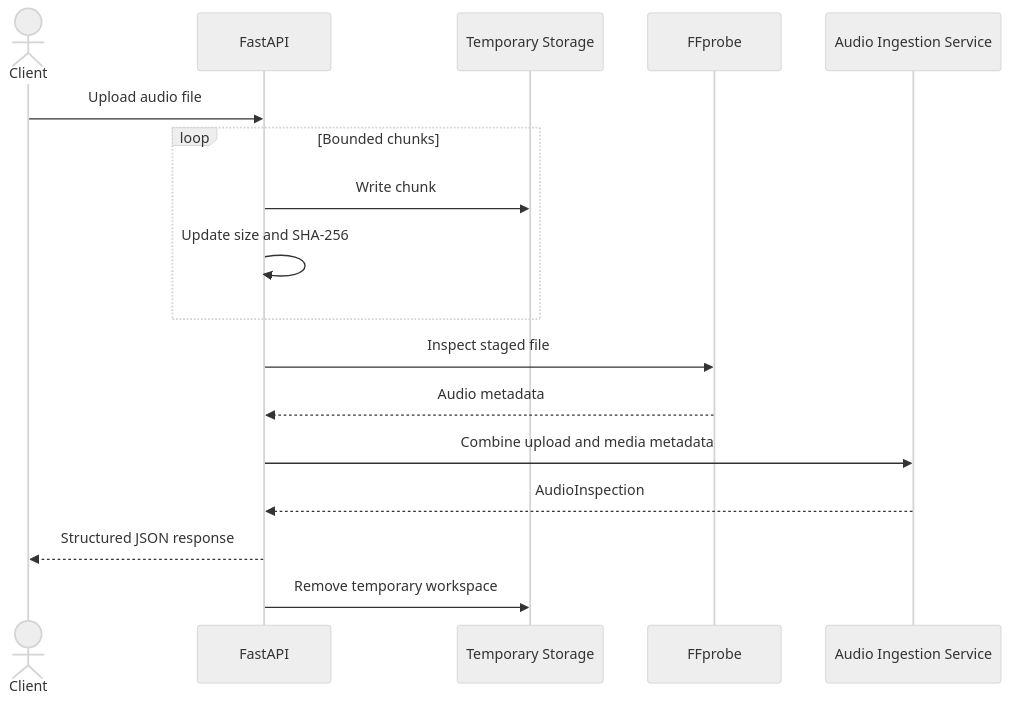
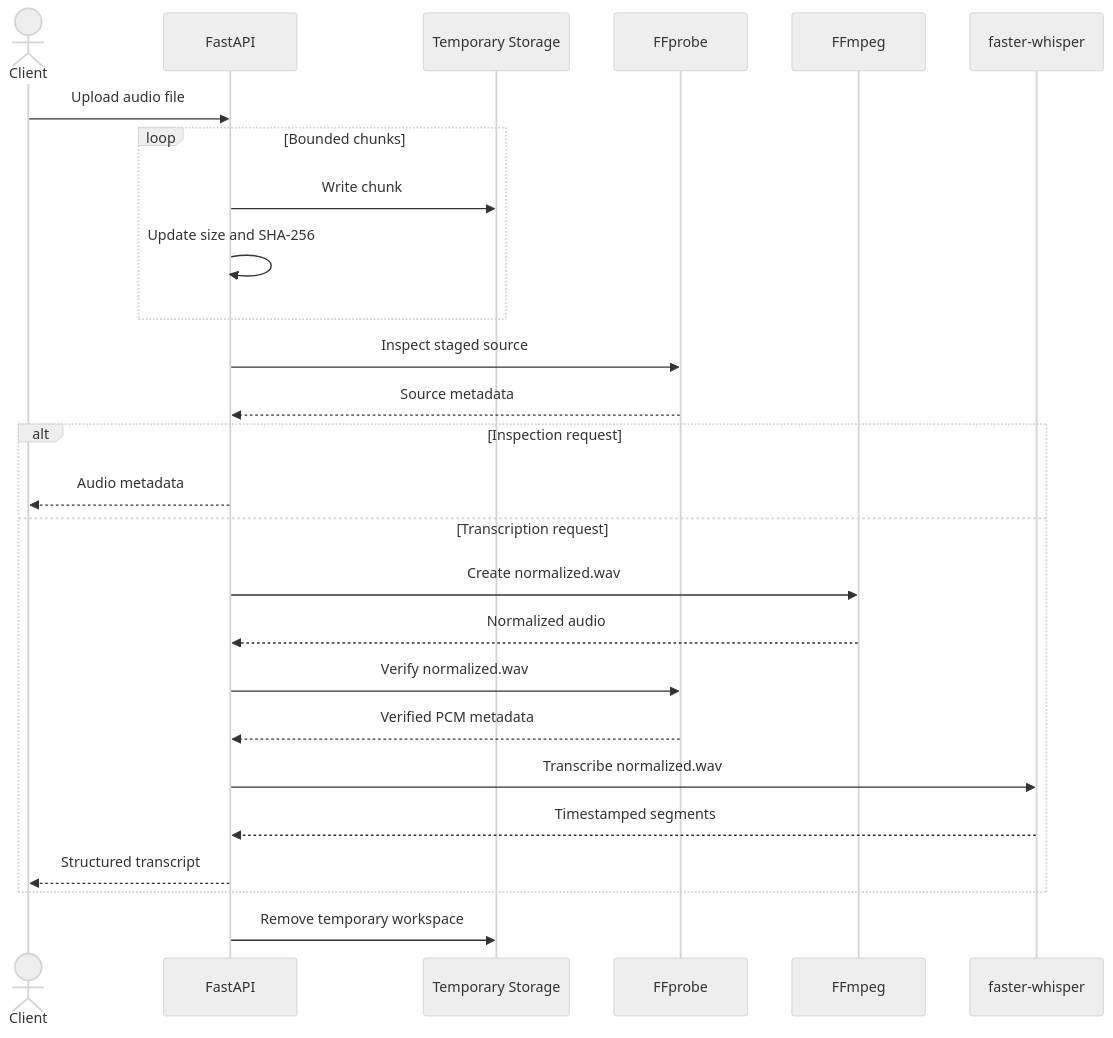
The fourth of 5 diagrams in README.md (aizazmahmood/speech-transcription-service), drawn with Mermaid (neutral theme) before and after one commit. The commit also changed other lines of this file and 16 other files, not shown here.

Commit message:
feat: add timestamped transcription pipeline

````diff
--- a/README.md
+++ b/README.md
@@ -156,22 +163,33 @@
 ```mermaid
 sequenceDiagram
     actor Client
     participant API as FastAPI
     participant Temp as Temporary Storage
     participant Probe as FFprobe
-    participant App as Audio Ingestion Service
+    participant Normalize as FFmpeg
+    participant Engine as faster-whisper
 
     Client->>API: Upload audio file
 
     loop Bounded chunks
         API->>Temp: Write chunk
         API->>API: Update size and SHA-256
     end
 
-    API->>Probe: Inspect staged file
-    Probe-->>API: Audio metadata
-    API->>App: Combine upload and media metadata
-    App-->>API: AudioInspection
-    API-->>Client: Structured JSON response
+    API->>Probe: Inspect staged source
+    Probe-->>API: Source metadata
+
+    alt Inspection request
+        API-->>Client: Audio metadata
+    else Transcription request
+        API->>Normalize: Create normalized.wav
+        Normalize-->>API: Normalized audio
+        API->>Probe: Verify normalized.wav
+        Probe-->>API: Verified PCM metadata
+        API->>Engine: Transcribe normalized.wav
+        Engine-->>API: Timestamped segments
+        API-->>Client: Structured transcript
+    end
+
     API->>Temp: Remove temporary workspace
 ```
````
